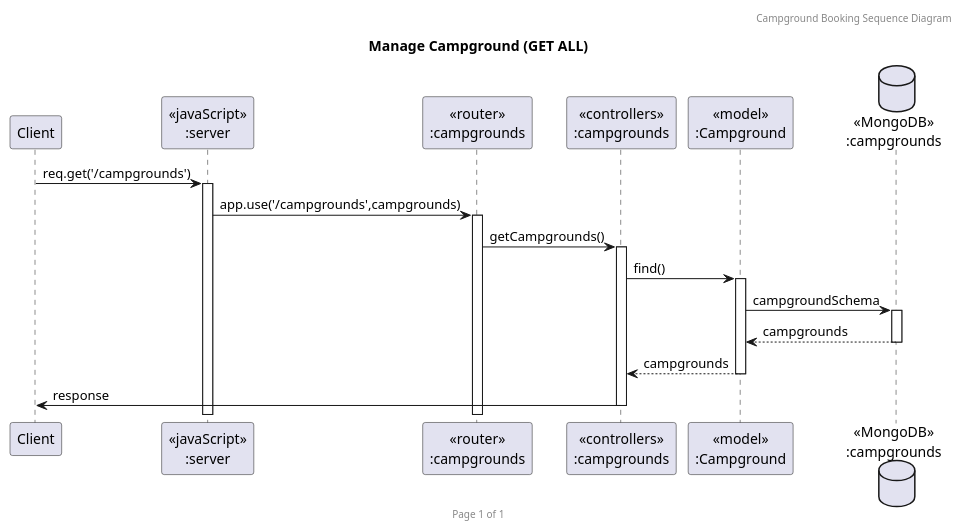
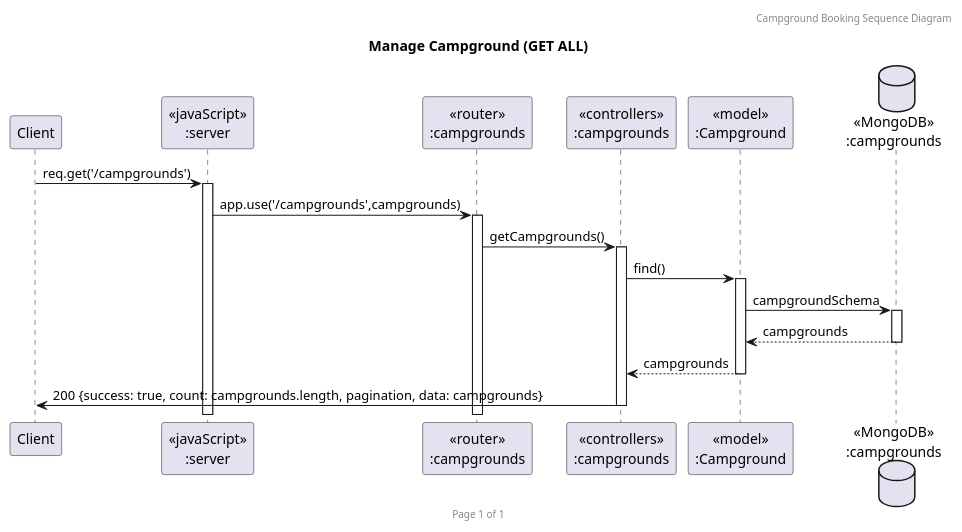
The diagram in presentation/Sequence_Diagram/Campgrounds/SequenceDiagramGET_ALL_Campgrounds.puml (2110503TACEDT66/presentation-day-1-i-am-the-bone-of-my-sources), drawn with PlantUML before and after one commit. The commit also changed 9 other files, not shown here.

Commit message:
Alt response of campground sequence diagram

```diff
--- a/presentation/Sequence_Diagram/Campgrounds/SequenceDiagramGET_ALL_Campgrounds.puml
+++ b/presentation/Sequence_Diagram/Campgrounds/SequenceDiagramGET_ALL_Campgrounds.puml
@@ -1,23 +1,23 @@
 @startuml Manage Campground (GET ALL)
 
 header Campground Booking Sequence Diagram
 footer Page %page% of %lastpage%
 title "Manage Campground (GET ALL)"
 
 participant "Client" as client
 participant "<<javaScript>>\n:server" as server
 participant "<<router>>\n:campgrounds" as routerCampgrounds
 participant "<<controllers>>\n:campgrounds" as controllersCampgrounds
 participant "<<model>>\n:Campground" as modelCampground
 database "<<MongoDB>>\n:campgrounds" as CampgroundsDatabase
 
 client->server ++:req.get('/campgrounds')
 server->routerCampgrounds ++:app.use('/campgrounds',campgrounds)
 routerCampgrounds -> controllersCampgrounds ++:getCampgrounds()
 controllersCampgrounds->modelCampground ++:find()
 modelCampground ->CampgroundsDatabase ++: campgroundSchema
 CampgroundsDatabase --> modelCampground --: campgrounds
 controllersCampgrounds <-- modelCampground --:campgrounds
-controllersCampgrounds->client --:response
+controllersCampgrounds->client --:200 {success: true, count: campgrounds.length, pagination, data: campgrounds}
 
 @enduml
```
